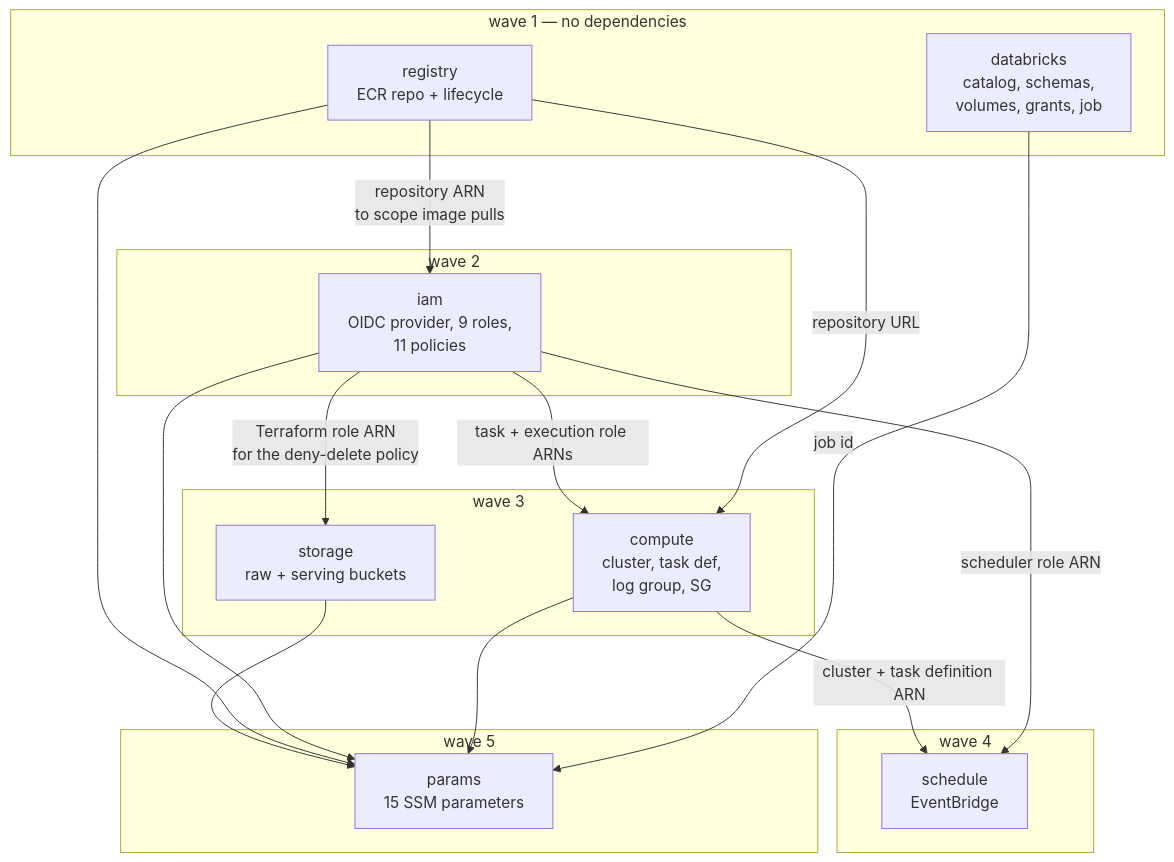
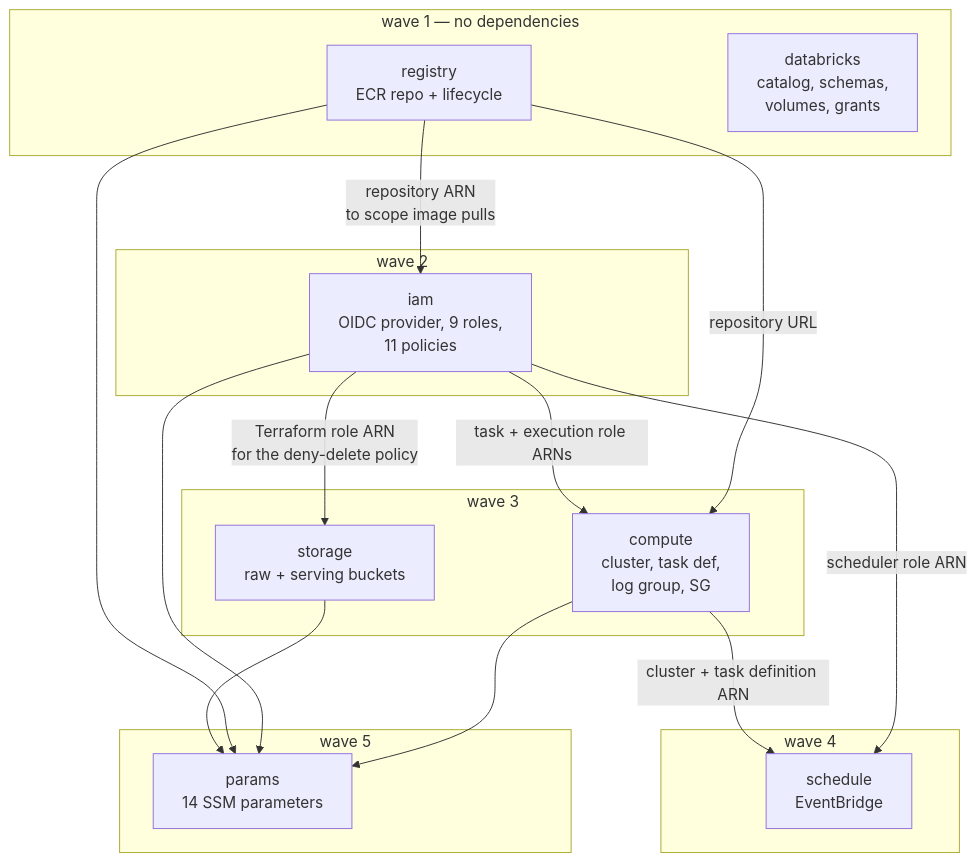
The diagram in RESOURCES.md (Dark417/1sde-edgar-02-infra), drawn with Mermaid before and after one commit. The commit also changed other lines of this file and 12 other files, not shown here.

First line of the commit message:
refactor: hand the Databricks job definition to repo 4's Asset Bundle

````diff
--- a/RESOURCES.md
+++ b/RESOURCES.md
@@ -28,32 +28,31 @@
 ```mermaid
 graph TD
   subgraph w1["wave 1 — no dependencies"]
     REG[registry<br/>ECR repo + lifecycle]
-    DBX[databricks<br/>catalog, schemas,<br/>volumes, grants, job]
+    DBX[databricks<br/>catalog, schemas,<br/>volumes, grants]
   end
   subgraph w2["wave 2"]
     IAM[iam<br/>OIDC provider, 9 roles,<br/>11 policies]
   end
   subgraph w3["wave 3"]
     STO[storage<br/>raw + serving buckets]
     CMP[compute<br/>cluster, task def,<br/>log group, SG]
   end
   subgraph w4["wave 4"]
     SCH[schedule<br/>EventBridge]
   end
   subgraph w5["wave 5"]
-    PAR[params<br/>15 SSM parameters]
+    PAR[params<br/>14 SSM parameters]
   end
 
   REG -->|repository ARN<br/>to scope image pulls| IAM
   IAM -->|Terraform role ARN<br/>for the deny-delete policy| STO
   IAM -->|task + execution role ARNs| CMP
   REG -->|repository URL| CMP
   CMP -->|cluster + task definition ARN| SCH
   IAM -->|scheduler role ARN| SCH
   STO --> PAR
   REG --> PAR
   IAM --> PAR
   CMP --> PAR
-  DBX -->|job id| PAR
 ```
````
